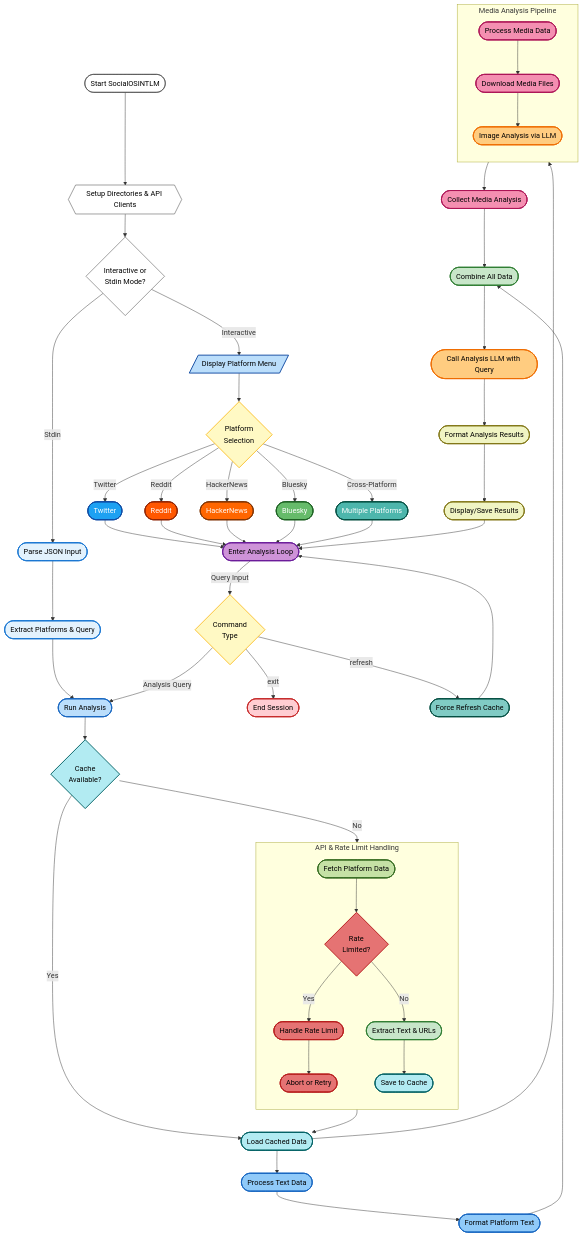
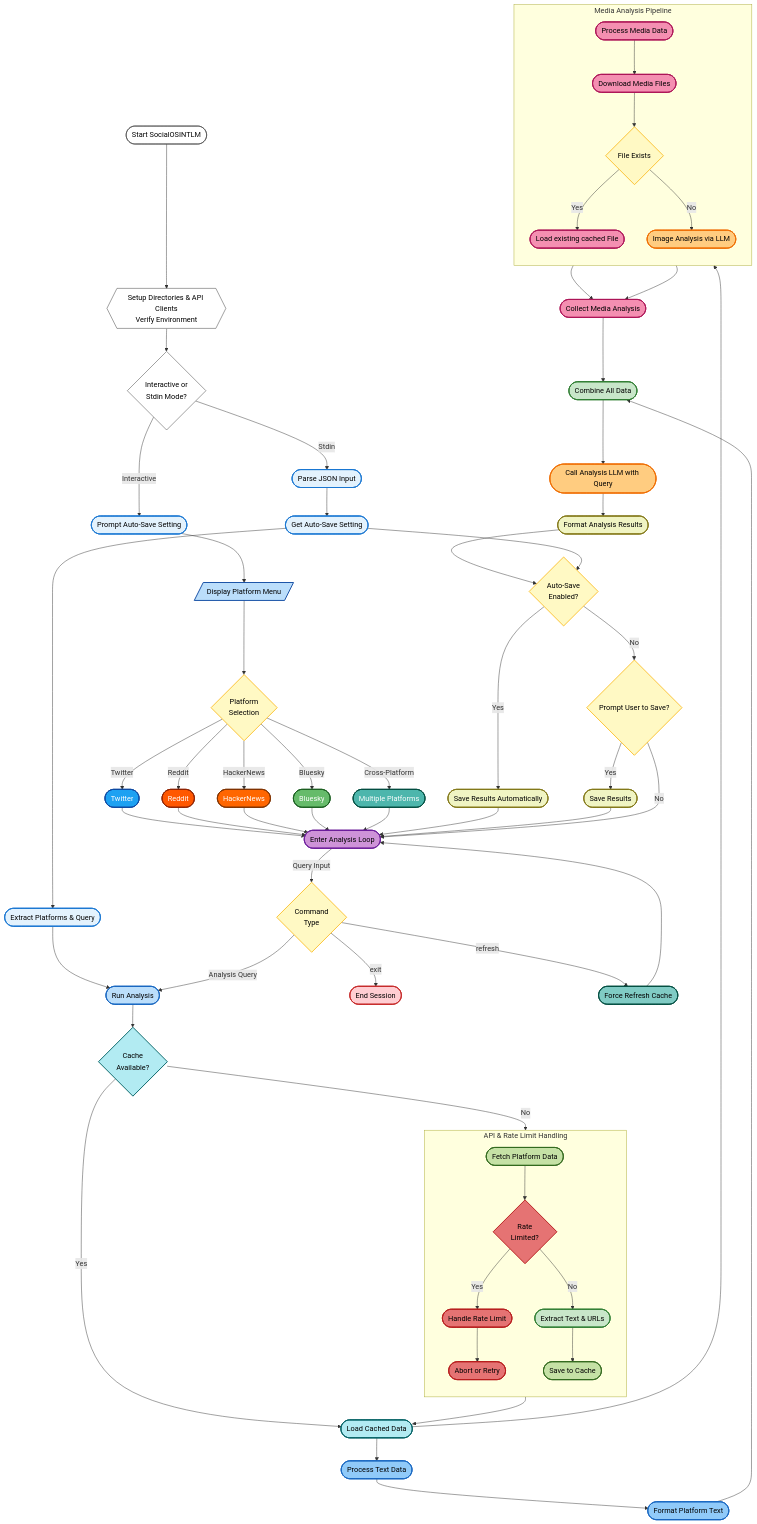
One commit to bm-github/SocialOSINTLM changed the diagram in README.md. Above: the diagram before and after it, drawn with Mermaid. The commit also changed other lines of this file and 1 other file, not shown here.

Commit message:
feature creep

````diff
--- a/README.md
+++ b/README.md
@@ -36,75 +33,95 @@
 ```mermaid
 flowchart TD
-    %% Main nodes with styling
-    A([Start SocialOSINTLM]) --> AA{{Setup Directories & API Clients}}
-    AA --> B{Interactive or\nStdin Mode?}
+    %% Initialization
+    A([Start SocialOSINTLM]) --> AA{{Setup Directories & API Clients\nVerify Environment}}:::setupClass
 
-    %% Interactive path with rounded rectangles and colors
-    B -->|Interactive| C[/Display Platform Menu/]:::menuClass
+    %% Mode Selection
+    AA --> B{Interactive or\nStdin Mode?}:::decisionClass
+
+    %% Interactive Mode Path
+    B -->|Interactive| B1([Prompt Auto-Save Setting]):::inputClass
+    B1 --> C[/Display Platform Menu/]:::menuClass
     C --> D{Platform\nSelection}:::decisionClass
+
+    %% Platform-Specific Branches
     D -->|Twitter| E1([Twitter]):::twitterClass
     D -->|Reddit| E2([Reddit]):::redditClass
     D -->|HackerNews| E3([HackerNews]):::hnClass
     D -->|Bluesky| E4([Bluesky]):::bskyClass
     D -->|Cross-Platform| E5([Multiple Platforms]):::multiClass
 
-    %% Stdin path
+    %% Stdin Mode Path
     B -->|Stdin| F([Parse JSON Input]):::inputClass
-    F --> G([Extract Platforms & Query]):::inputClass
+    F --> GA([Get Auto-Save Setting]):::inputClass
+    GA --> G([Extract Platforms & Query]):::inputClass
 
-    %% Analysis loop entry points
+    %% Analysis Loop Entry Points
     E1 & E2 & E3 & E4 & E5 --> H([Enter Analysis Loop]):::loopClass
     G --> J([Run Analysis]):::analysisClass
 
-    %% Command processing in analysis loop
+    %% Command Processing in Analysis Loop
     H -->|Query Input| I{Command\nType}:::decisionClass
     I -->|Analysis Query| J
     I -->|exit| Z([End Session]):::endClass
     I -->|refresh| Y([Force Refresh Cache]):::refreshClass
     Y --> H
 
-    %% Data fetching with cache check
+    %% Data Fetching and Caching
     J --> K{Cache\nAvailable?}:::cacheClass
     K -->|Yes| M([Load Cached Data]):::cacheClass
     K -->|No| L([Fetch Platform Data]):::apiClass
 
-    %% Rate limiting subgraph
+    %% API & Rate Limit Handling Subgraph
     subgraph API_Handling [API & Rate Limit Handling]
         direction TB
         L --> L1{Rate\nLimited?}:::errorClass
         L1 -->|Yes| L2([Handle Rate Limit]):::errorClass
         L2 --> L5([Abort or Retry]):::errorClass
         L1 -->|No| L3([Extract Text & URLs]):::dataClass
-        L3 --> L4([Save to Cache]):::cacheClass
+        L3 --> L4([Save to Cache]):::apiClass
     end
 
     L4 --> M
 
-    %% Parallel processing paths
+    %% Parallel Processing Paths
     M --> N([Process Text Data]):::textClass
     M --> O([Process Media Data]):::mediaClass
 
-    %% Media analysis subgraph
+    %% Media Analysis Pipeline Subgraph
     subgraph Media_Analysis [Media Analysis Pipeline]
         direction TB
         O --> P([Download Media Files]):::mediaClass
-        P --> Q([Image Analysis via LLM]):::llmClass
+        P --> PA{File Exists}:::decisionClass
+        PA -->|Yes| Q1([Load existing cached File]):::mediaClass
+        PA -->|No| Q([Image Analysis via LLM]):::llmClass
+
     end
+    Q --> R([Collect Media Analysis]):::mediaClass
+    Q1 --> R
 
-    %% Text formatting and combining results
+    %% Text Formatting and Combining Results
     N --> S([Format Platform Text]):::textClass
-    Q --> R([Collect Media Analysis]):::mediaClass
 
     R & S --> T([Combine All Data]):::dataClass
 
-    %% Final analysis and output
+    %% Final Analysis and Output
     T --> U([Call Analysis LLM with Query]):::llmClass
     U --> V([Format Analysis Results]):::outputClass
+     %% Auto-Save Decision
+    V --> V1{Auto-Save \nEnabled?}:::decisionClass
 
-    V --> W([Display/Save Results]):::outputClass
-    W --> H
+    %% Handle Saving
+    V1 -->|Yes| WA([Save Results Automatically]):::outputClass
+    WA --> H
+    V1 -->|No| WB{Prompt User to Save?}:::decisionClass
+    WB --> |Yes|WC([Save Results]):::outputClass
+    WC --> H
+    WB --> |No| H
 
-    %% Custom styling with improved contrast
+    %% Result display for each save option
+    %% Result display for each save option
+    GA --> V1
+    %% Custom Styling
     classDef defaultClass fill:#FFFFFF,stroke:#333,stroke-width:1px,color:#000
     classDef menuClass fill:#BBDEFB,stroke:#0D47A1,stroke-width:2px,color:#000
     classDef decisionClass fill:#FFF9C4,stroke:#FBC02D,stroke-width:2px,color:#000
@@ -126,6 +143,7 @@
     classDef mediaClass fill:#F48FB1,stroke:#AD1457,stroke-width:2px,color:#000
     classDef llmClass fill:#FFCC80,stroke:#EF6C00,stroke-width:2px,color:#000
     classDef outputClass fill:#F0F4C3,stroke:#827717,stroke-width:2px,color:#000
+    classDef setupClass fill:#D1C4E9,stroke:#4527A0,stroke-width:2px,color:#000
 
     %% Style all nodes with default class if not otherwise specified
     class A,AA,B defaultClass
````
